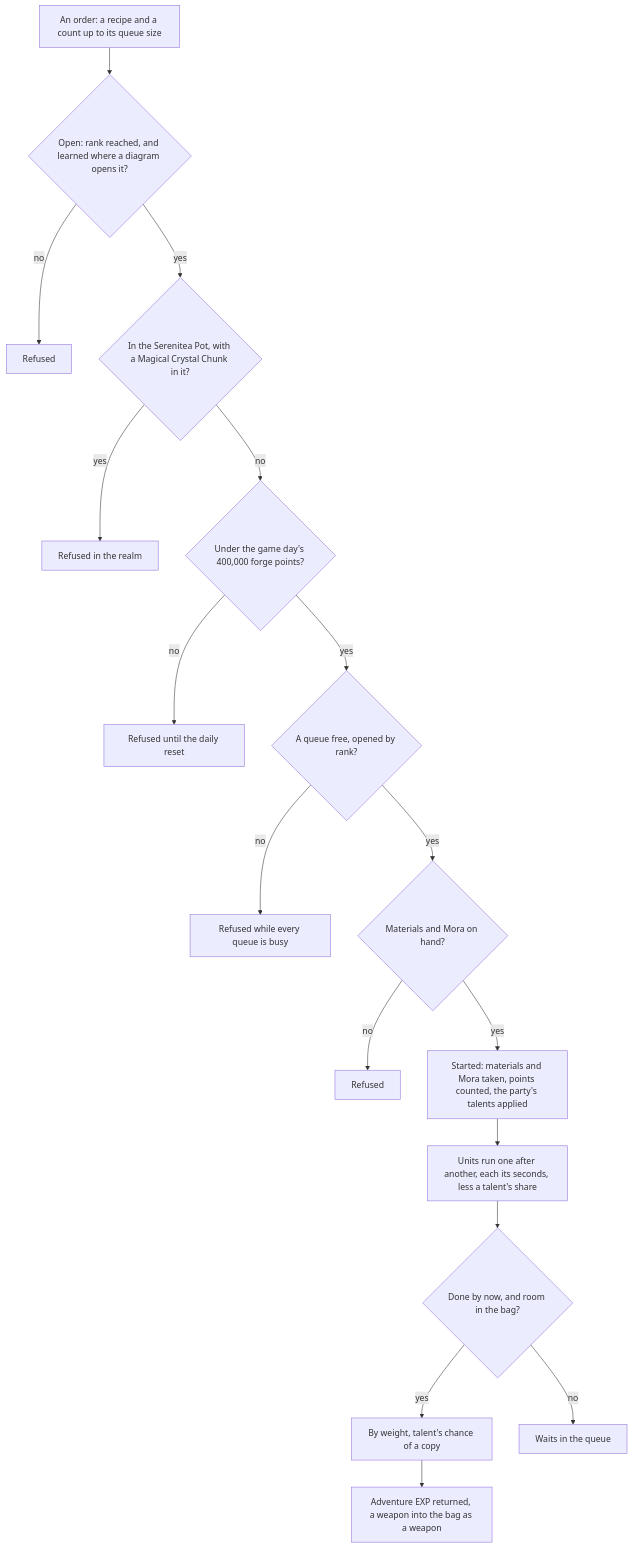
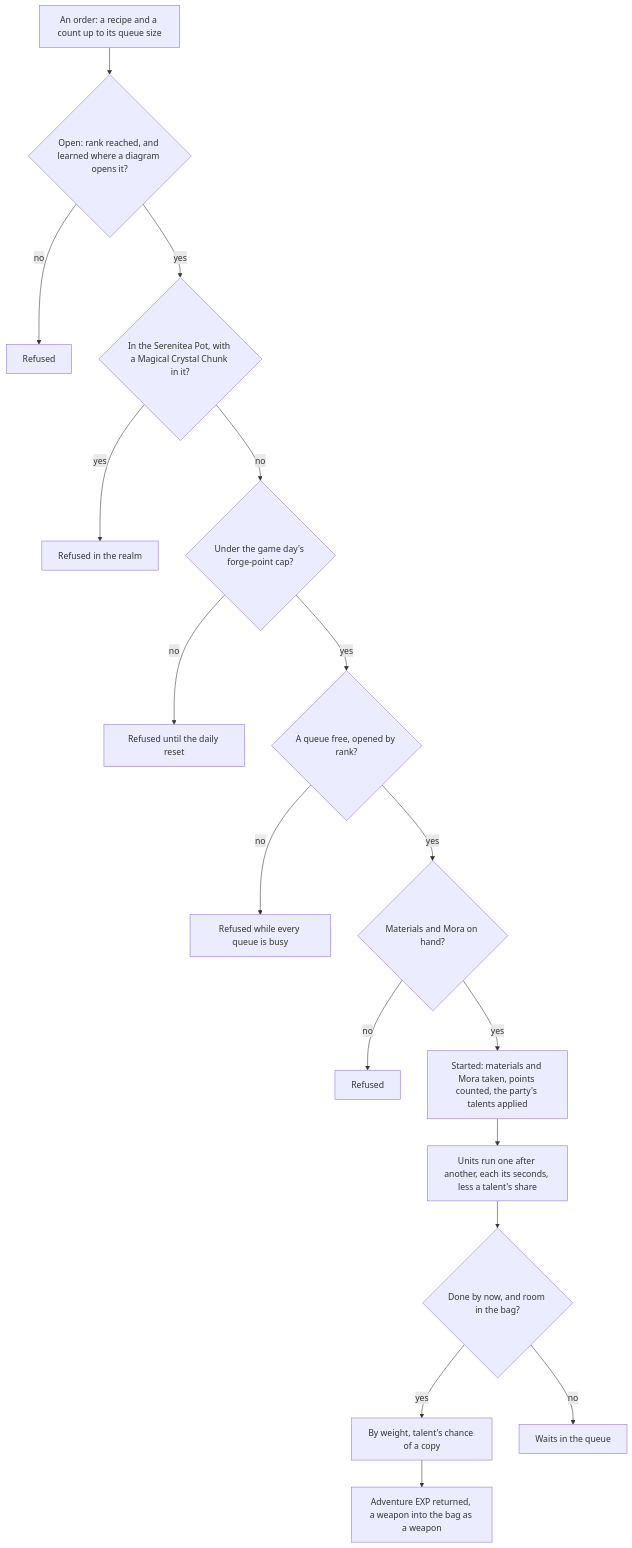
One commit to Esposter/Esposter changed the diagram in openspec/specs/genshin/forging/design.md. Above: the diagram before and after it, drawn with Mermaid. The commit also changed other lines of this file and 18 other files, not shown here.

````diff
--- a/openspec/specs/genshin/forging/design.md
+++ b/openspec/specs/genshin/forging/design.md
@@ -7,19 +7,19 @@
 ```mermaid
 flowchart TD
   O["An order: a recipe and a count up to its queue size"] --> OPEN{"Open: rank reached, and learned where a diagram opens it?"}
   OPEN -->|"no"| R1["Refused"]
   OPEN -->|"yes"| REALM{"In the Serenitea Pot, with a Magical Crystal Chunk in it?"}
   REALM -->|"yes"| R2["Refused in the realm"]
-  REALM -->|"no"| CAP{"Under the game day's 400,000 forge points?"}
+  REALM -->|"no"| CAP{"Under the game day's forge-point cap?"}
   CAP -->|"no"| R3["Refused until the daily reset"]
   CAP -->|"yes"| Q{"A queue free, opened by rank?"}
   Q -->|"no"| R4["Refused while every queue is busy"]
   Q -->|"yes"| PAY{"Materials and Mora on hand?"}
   PAY -->|"no"| R5["Refused"]
   PAY -->|"yes"| RUN["Started: materials and Mora taken, points counted, the party's talents applied"]
   RUN --> U["Units run one after another, each its seconds, less a talent's share"]
   U --> C{"Done by now, and room in the bag?"}
   C -->|"yes"| IN["By weight, talent's chance of a copy"]
   IN --> PAID["Adventure EXP returned, a weapon into the bag as a weapon"]
   C -->|"no"| WQ["Waits in the queue"]
 ```
````
